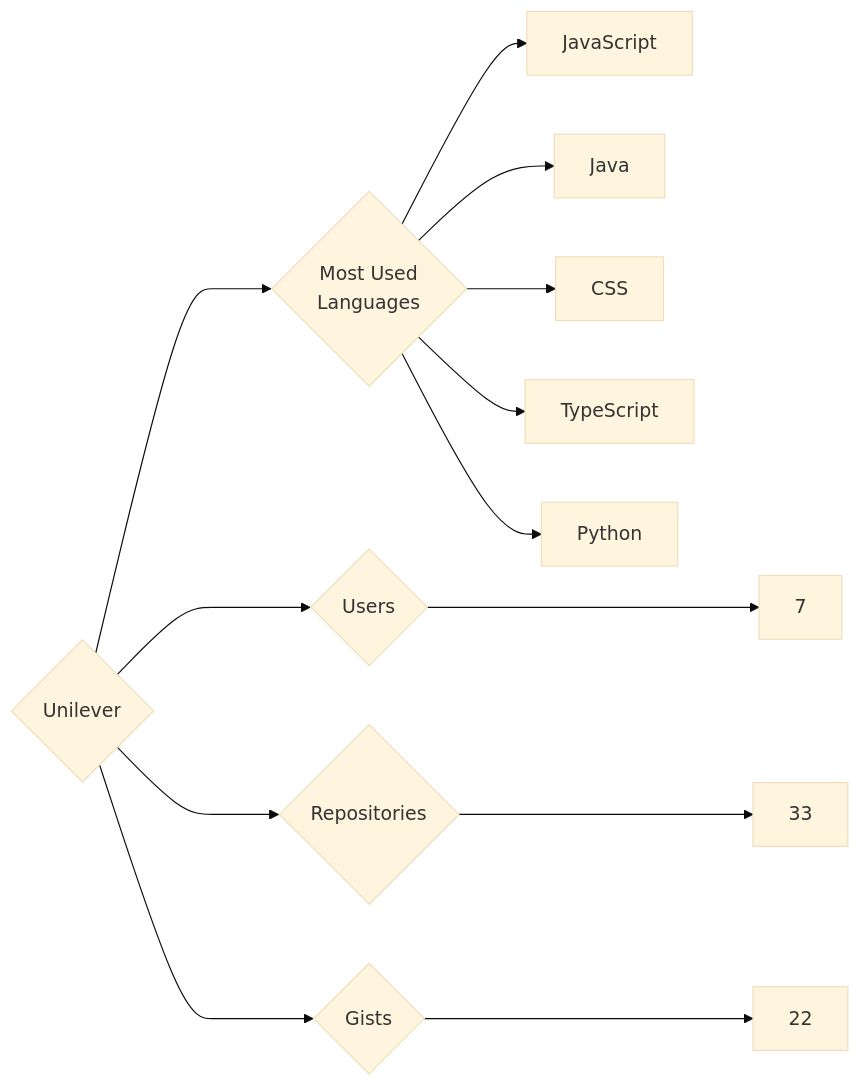
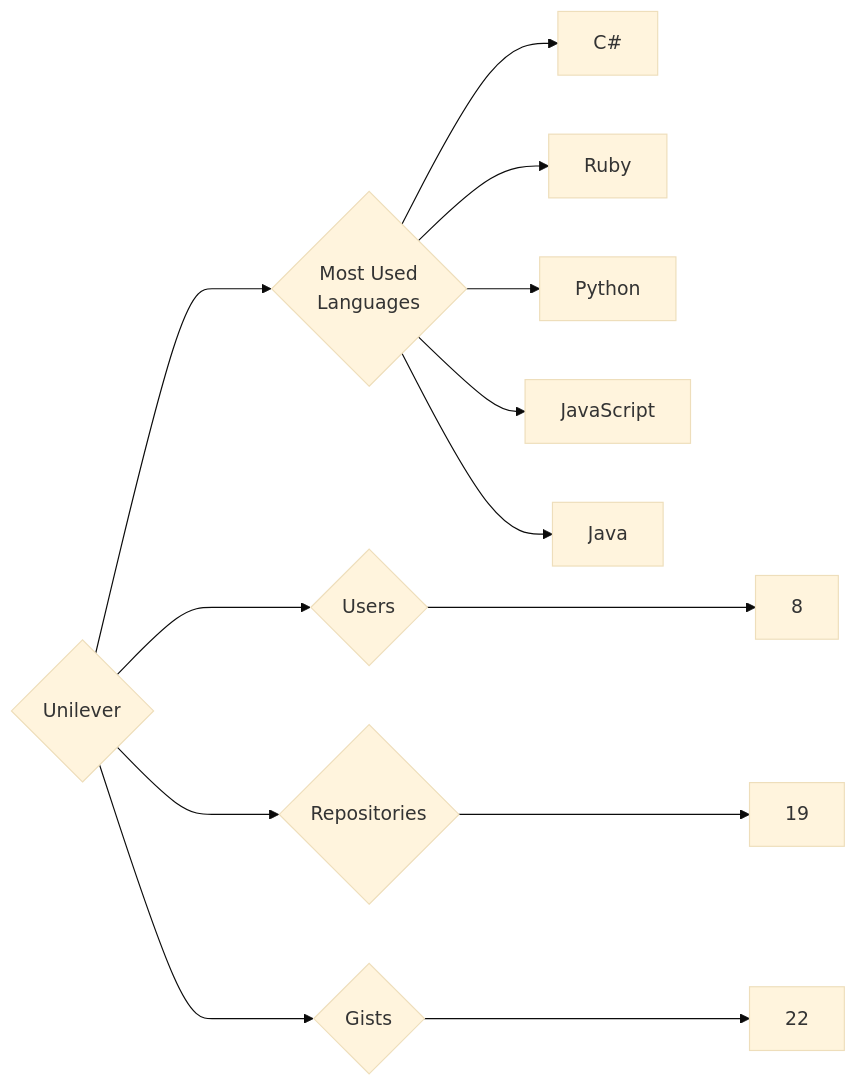
Before and after one commit to trickest/insiders: the diagram in targets/Unilever/README.md, drawn with Mermaid (base theme). The commit also changed 1696 other files, not shown here.

````diff
--- a/targets/Unilever/README.md
+++ b/targets/Unilever/README.md
@@ -3,13 +3,13 @@
 ```mermaid
 graph LR
 COMPANY_NAME{Unilever}
-COMPANY_NAME ---> U{Users} ---> UN[7]
-COMPANY_NAME ---> R{Repositories} ---> RN[33]
+COMPANY_NAME ---> U{Users} ---> UN[8]
+COMPANY_NAME ---> R{Repositories} ---> RN[19]
 COMPANY_NAME ---> G{Gists} ---> GN[22]
 COMPANY_NAME ---> ML{Most Used<br>Languages}
+ML --> C#[C#]
+ML --> Ruby[Ruby]
+ML --> Python[Python]
 ML --> JavaScript[JavaScript]
 ML --> Java[Java]
-ML --> CSS[CSS]
-ML --> TypeScript[TypeScript]
-ML --> Python[Python]
 ```
````
